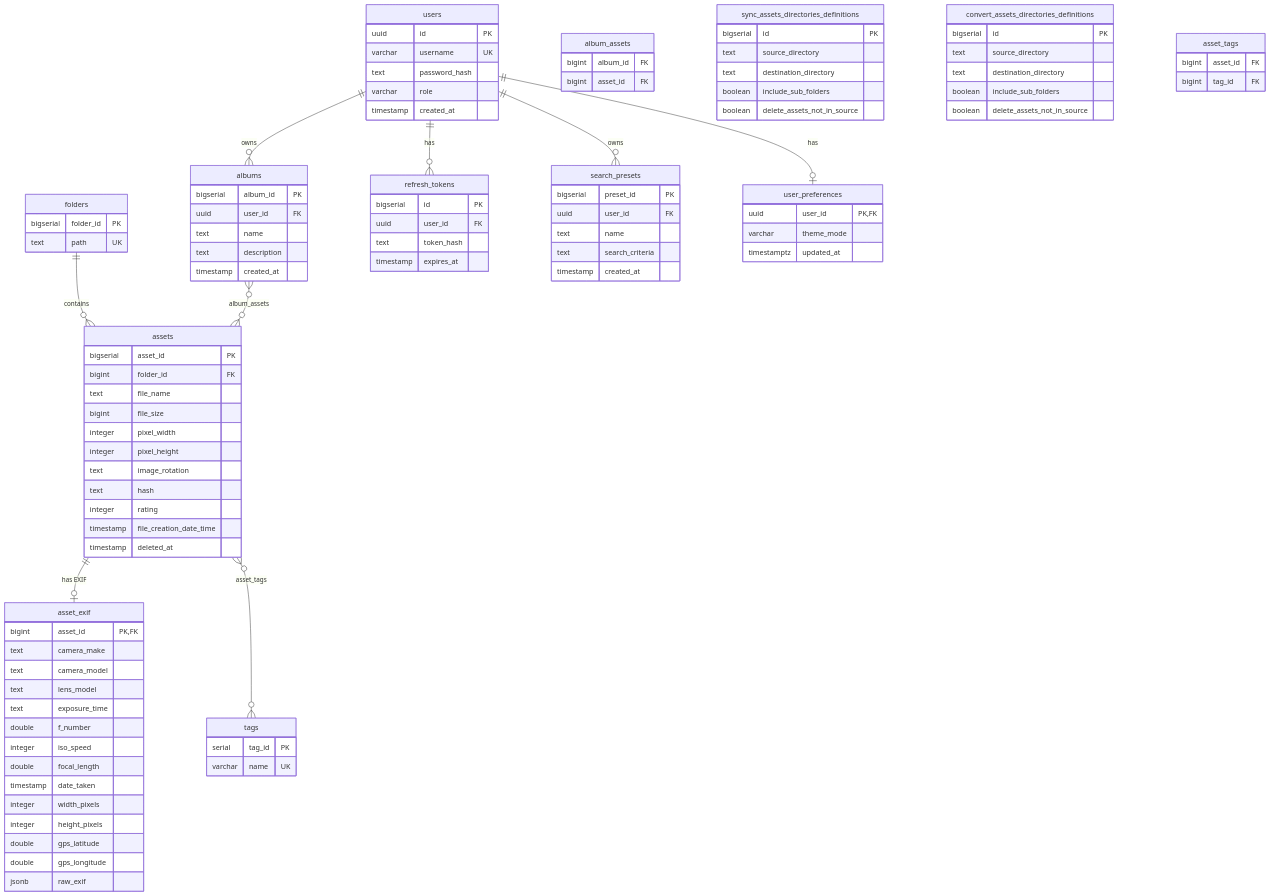
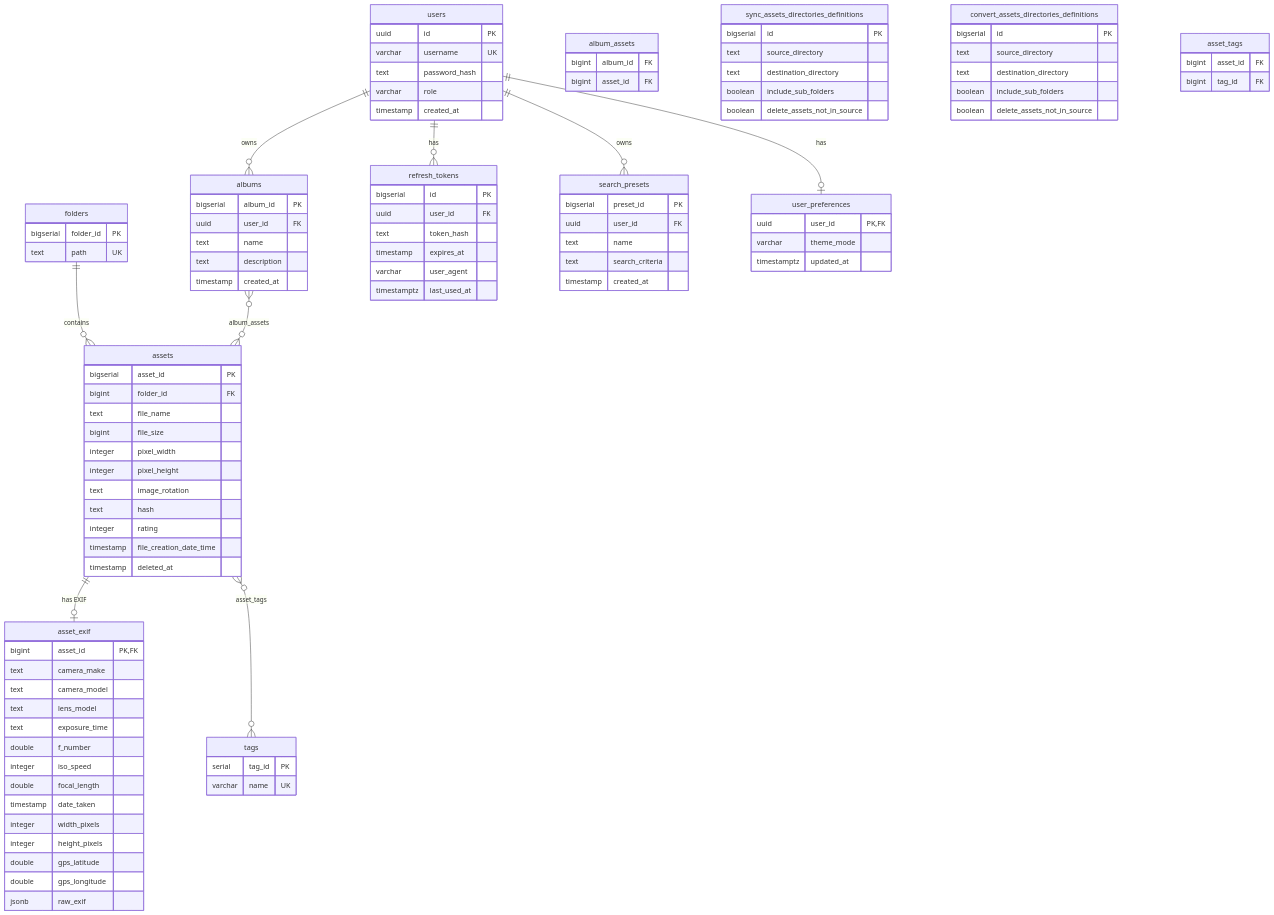
One commit to jpablodrexler/jp-photo-manager changed the third of 4 diagrams in JPPhotoManagerWeb/docs/architecture.md. Above: the diagram before and after it, drawn with Mermaid. The commit also changed 54 other files, not shown here.

```diff
--- a/JPPhotoManagerWeb/docs/architecture.md
+++ b/JPPhotoManagerWeb/docs/architecture.md
@@ -151,6 +151,8 @@
         uuid user_id FK
         text token_hash
         timestamp expires_at
+        varchar user_agent
+        timestamptz last_used_at
     }
     search_presets {
         bigserial preset_id PK
```
